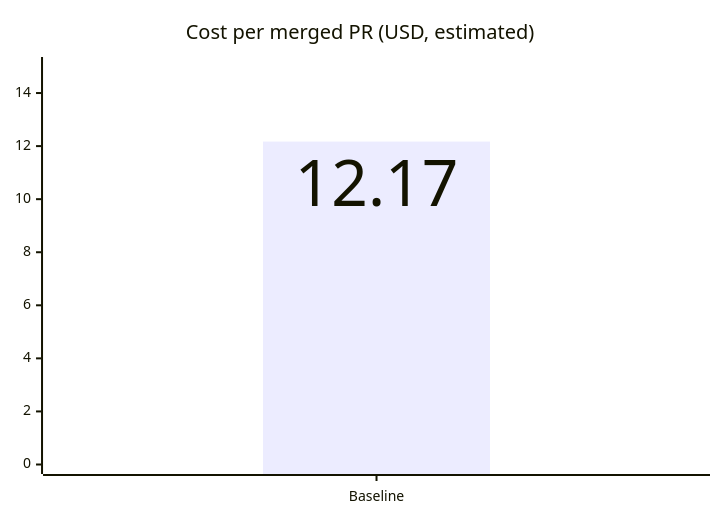
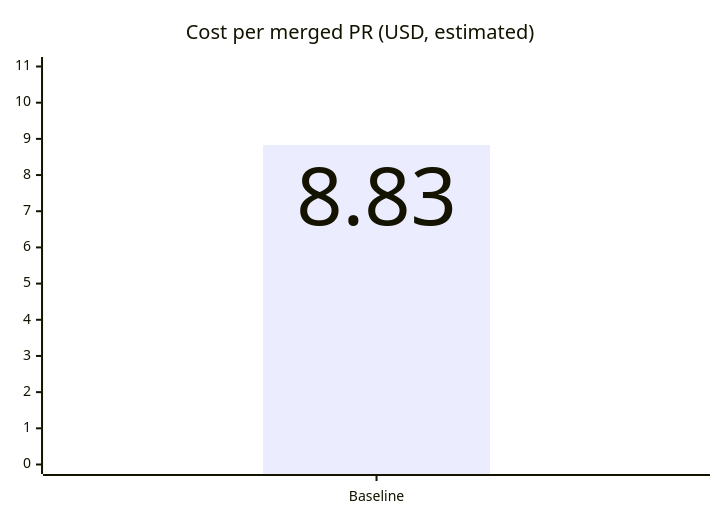
Before and after one commit to alvaromongon/claude-config: the first of 3 diagrams in README.md, drawn with Mermaid. The commit also changed other lines of this file and 7 other files, not shown here.

````diff
--- a/README.md
+++ b/README.md
@@ -42,12 +42,12 @@
 ```mermaid
 ---
 config:
   xyChart:
     showDataLabel: true
 ---
 xychart-beta
     title "Cost per merged PR (USD, estimated)"
     x-axis ["Baseline"]
-    y-axis 0 --> 15
-    bar [12.17]
+    y-axis 0 --> 11
+    bar [8.83]
 ```
````
